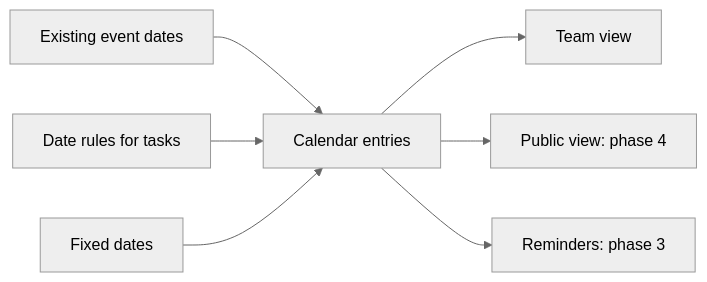
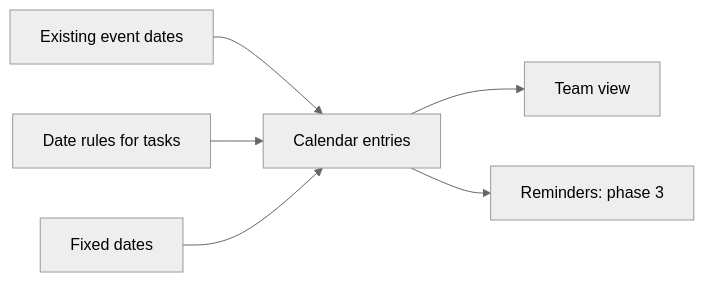
The third of 14 diagrams in docs/design/event-calendar.md (TonyFlury/GarageSale), drawn with Mermaid (neutral theme) before and after one commit. The commit also changed other lines of this file and 1 other file, not shown here.

````diff
--- a/docs/design/event-calendar.md
+++ b/docs/design/event-calendar.md
@@ -227,9 +226,8 @@
 ```mermaid
 flowchart LR
     A[Existing event dates] --> C[Calendar entries]
     B[Date rules for tasks] --> C
     H[Fixed dates] --> C
     C --> D[Team view]
-    C --> E[Public view: phase 4]
     C --> F[Reminders: phase 3]
 ```
````
